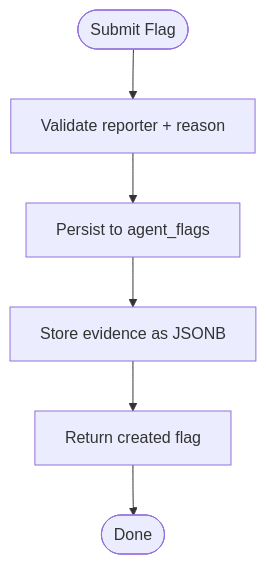
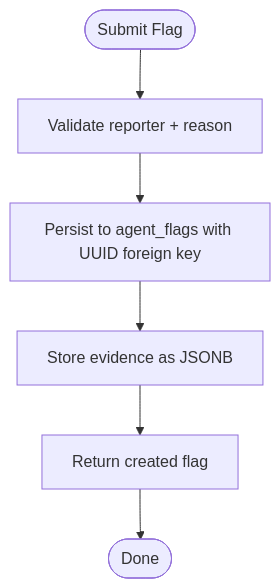
The fifth of 6 diagrams in .qoder/repowiki/en/content/Database Design/Schema Overview.md (RunTimeAdmin/AgentID), drawn with Mermaid before and after one commit. The commit also changed other lines of this file and 31 other files, not shown here.

````diff
--- a/.qoder/repowiki/en/content/Database Design/Schema Overview.md
+++ b/.qoder/repowiki/en/content/Database Design/Schema Overview.md
@@ -265,8 +269,8 @@
 ```mermaid
 flowchart TD
 Start(["Submit Flag"]) --> Validate["Validate reporter + reason"]
-Validate --> Persist["Persist to agent_flags"]
+Validate --> Persist["Persist to agent_flags with UUID foreign key"]
 Persist --> Evidence["Store evidence as JSONB"]
 Evidence --> Return["Return created flag"]
 Return --> End(["Done"])
 ```
````
